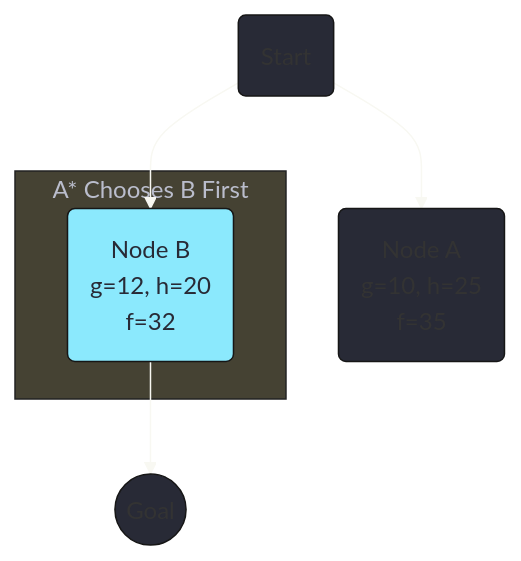
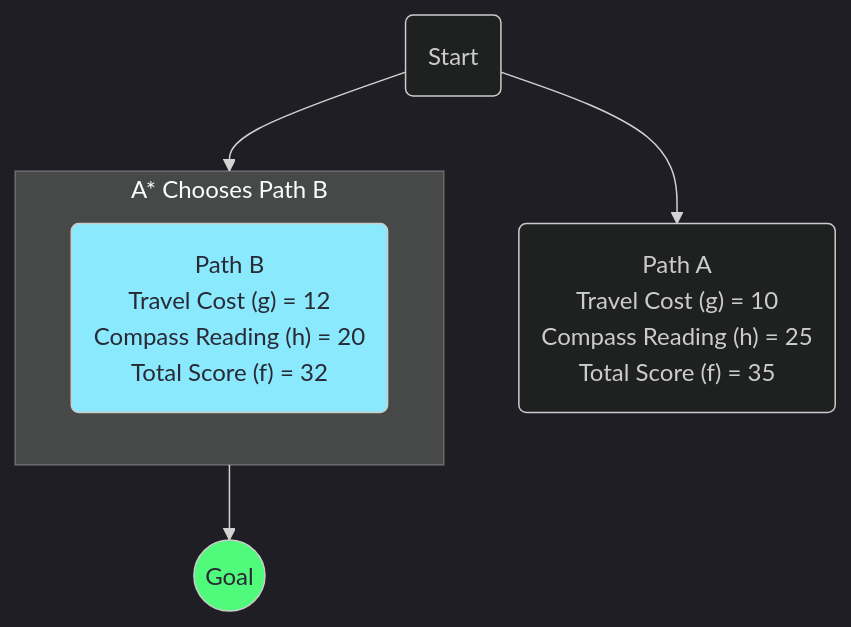
Before and after one commit to eltay89/eltay89.github.io: the third of 5 diagrams in _posts/2025-08-08-ai-search-algorithms-a-z.md, drawn with Mermaid. The commit also changed other lines of this file, not shown here.

````diff
--- a/_posts/2025-08-08-ai-search-algorithms-a-z.md
+++ b/_posts/2025-08-08-ai-search-algorithms-a-z.md
@@ -171,14 +95,17 @@
 ```mermaid
-%%{ init: { 'theme': 'base', 'themeVariables': { 'primaryColor': '#282a36', 'lineColor': '#f8f8f2', 'textColor': '#f8f8f2' } } }%%
+%%{ init: { 'theme': 'dark' } }%%
 graph TD
-    S(Start) --> A("Node A <br> g=10, h=25 <br> f=35")
-    S --> B("Node B <br> g=12, h=20 <br> f=32")
+    S(Start) --> A("Path A <br> Travel Cost (g) = 10 <br> Compass Reading (h) = 25 <br> Total Score (f) = 35");
+    S --> B("Path B <br> Travel Cost (g) = 12 <br> Compass Reading (h) = 20 <br> Total Score (f) = 32");
 
-    subgraph "A* Chooses B First"
-        B
+    B --> Goal((Goal));
+
+    subgraph "A* Chooses Path B"
+      direction LR
+      B
     end
     
-    B --> G((Goal));
-    
     style B fill:#8be9fd,color:#282a36;
+    classDef goal fill:#50fa7b,color:#282a36;
+    class Goal goal;
 ```
````
